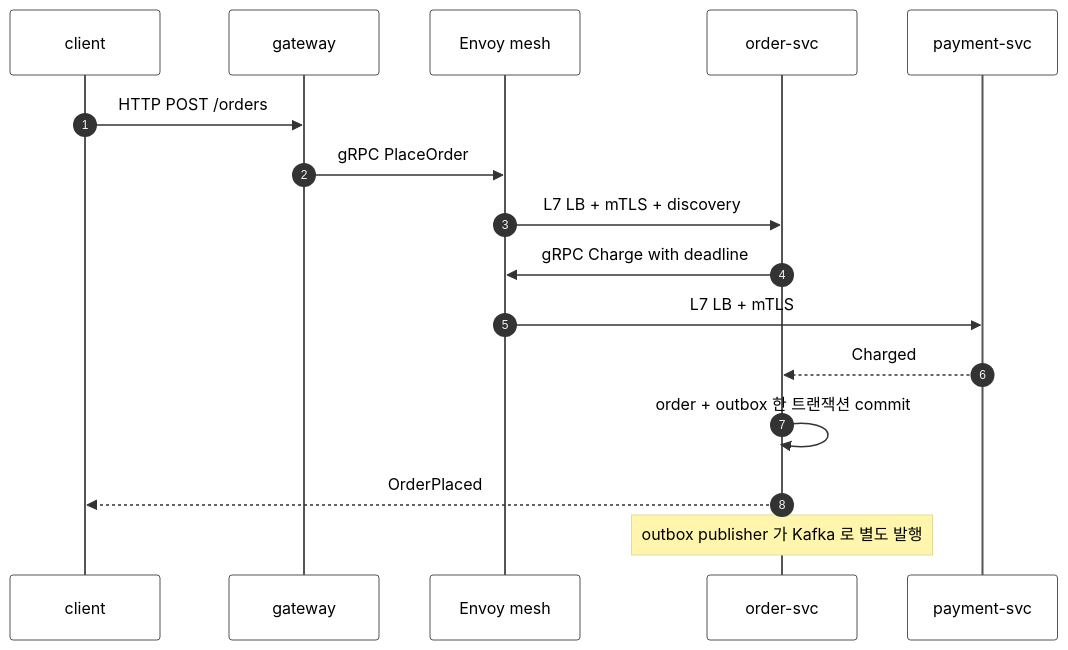
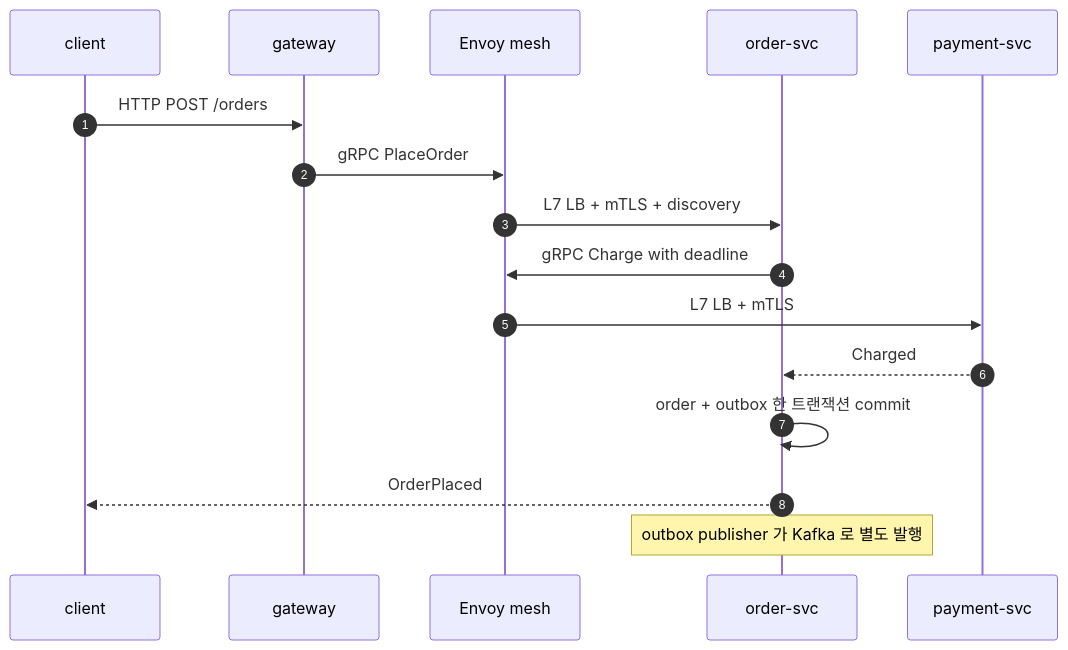
Before and after one commit to kairos-code-dev/zlink: the second of 3 diagrams in framework/doc/framework/java/guide/case-studies/13-case-ecommerce-checkout.ko.md, drawn with Mermaid. The commit also changed other lines of this file and 410 other files, not shown here.

````diff
--- a/framework/doc/framework/java/guide/case-studies/13-case-ecommerce-checkout.ko.md
+++ b/framework/doc/framework/java/guide/case-studies/13-case-ecommerce-checkout.ko.md
@@ -260,19 +260,18 @@
 ```mermaid
 sequenceDiagram
-%%{init: {'theme': 'base', 'themeVariables': {'signalTextColor': '#000000', 'actorTextColor': '#000000', 'noteTextColor': '#000000', 'actorBkg': '#ffffff', 'actorBorder': '#555555', 'activationBorderColor': '#555555'}}}%%
   autonumber
   participant C as client
   participant GW as gateway
   participant M as Envoy mesh
   participant ORD as order-svc
   participant PAY as payment-svc
   C->>GW: HTTP POST /orders
   GW->>M: gRPC PlaceOrder
   M->>ORD: L7 LB + mTLS + discovery
   ORD->>M: gRPC Charge with deadline
   M->>PAY: L7 LB + mTLS
   PAY-->>ORD: Charged
   ORD->>ORD: order + outbox 한 트랜잭션 commit
   ORD-->>C: OrderPlaced
   Note over ORD: outbox publisher 가 Kafka 로 별도 발행
 ```
````
